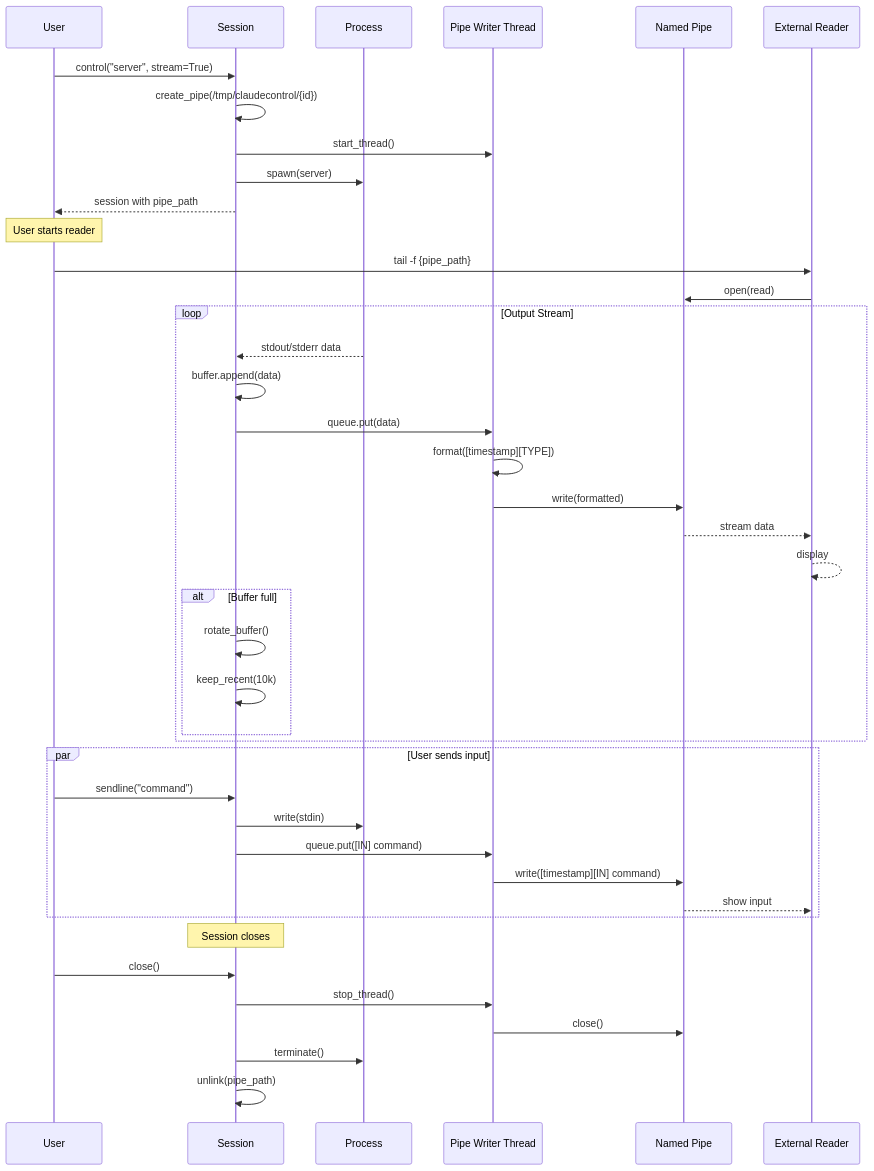
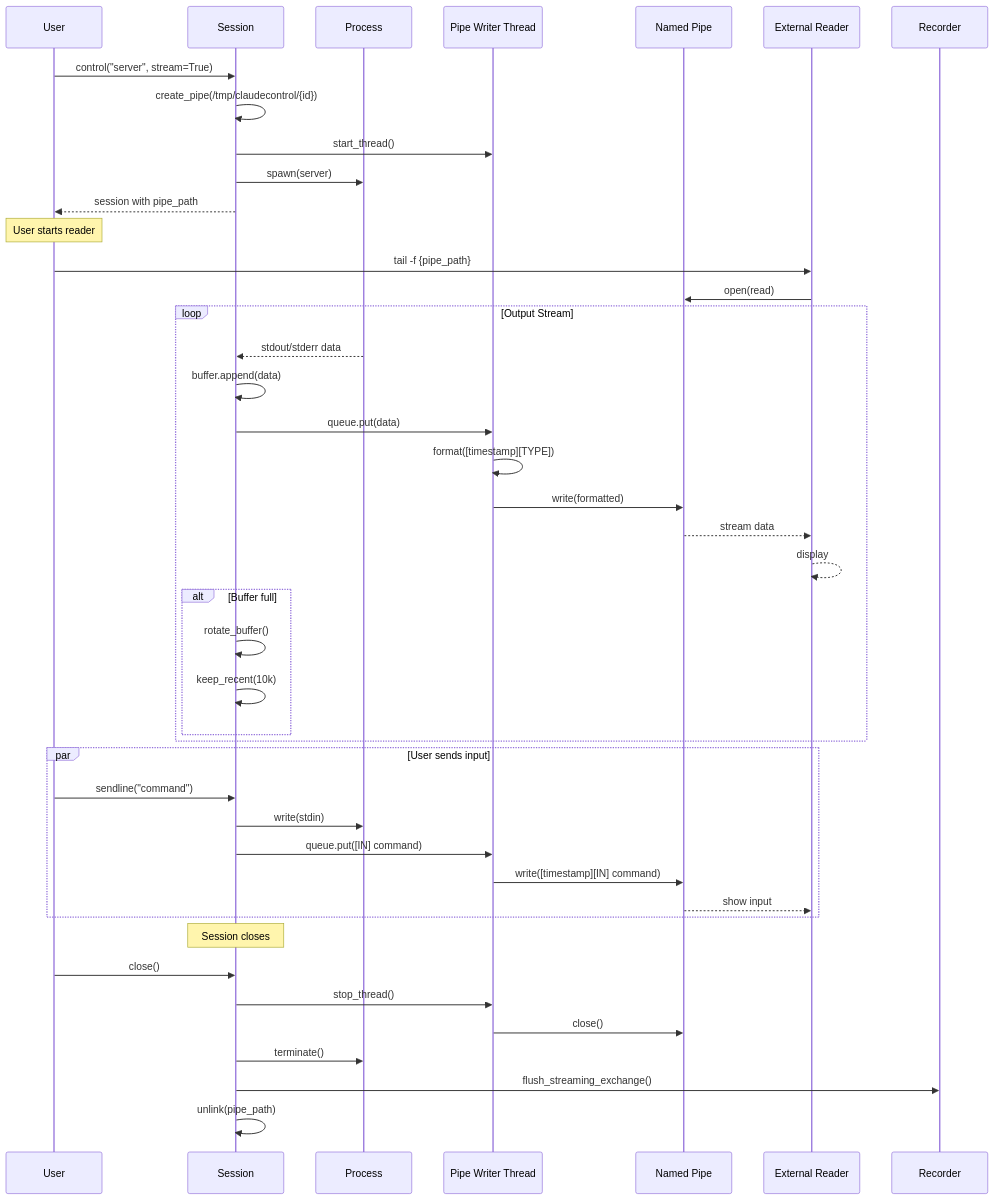
Before and after one commit to jimmc414/claude_control: diagram 12 of 12 in sequence_diagrams.md, drawn with Mermaid. The commit also changed other lines of this file, not shown here.

Commit message:
Update sequence diagrams for record and replay

````diff
--- a/sequence_diagrams.md
+++ b/sequence_diagrams.md
@@ -525,50 +749,52 @@
 ```mermaid
 sequenceDiagram
     participant User
     participant Session
     participant Process
     participant Writer as Pipe Writer Thread
     participant Pipe as Named Pipe
     participant Reader as External Reader
+    participant Recorder
 
     User->>Session: control("server", stream=True)
     Session->>Session: create_pipe(/tmp/claudecontrol/{id})
     Session->>Writer: start_thread()
     Session->>Process: spawn(server)
     Session-->>User: session with pipe_path
 
     Note over User: User starts reader
     User->>Reader: tail -f {pipe_path}
     Reader->>Pipe: open(read)
 
     loop Output Stream
         Process-->>Session: stdout/stderr data
         Session->>Session: buffer.append(data)
         Session->>Writer: queue.put(data)
-        
+
         Writer->>Writer: format([timestamp][TYPE])
         Writer->>Pipe: write(formatted)
         Pipe-->>Reader: stream data
         Reader-->>Reader: display
 
         alt Buffer full
             Session->>Session: rotate_buffer()
             Session->>Session: keep_recent(10k)
         end
     end
 
     par User sends input
         User->>Session: sendline("command")
         Session->>Process: write(stdin)
         Session->>Writer: queue.put([IN] command)
         Writer->>Pipe: write([timestamp][IN] command)
         Pipe-->>Reader: show input
     end
 
     Note over Session: Session closes
     User->>Session: close()
     Session->>Writer: stop_thread()
     Writer->>Pipe: close()
     Session->>Process: terminate()
+    Session->>Recorder: flush_streaming_exchange()
     Session->>Session: unlink(pipe_path)
 ```
````
